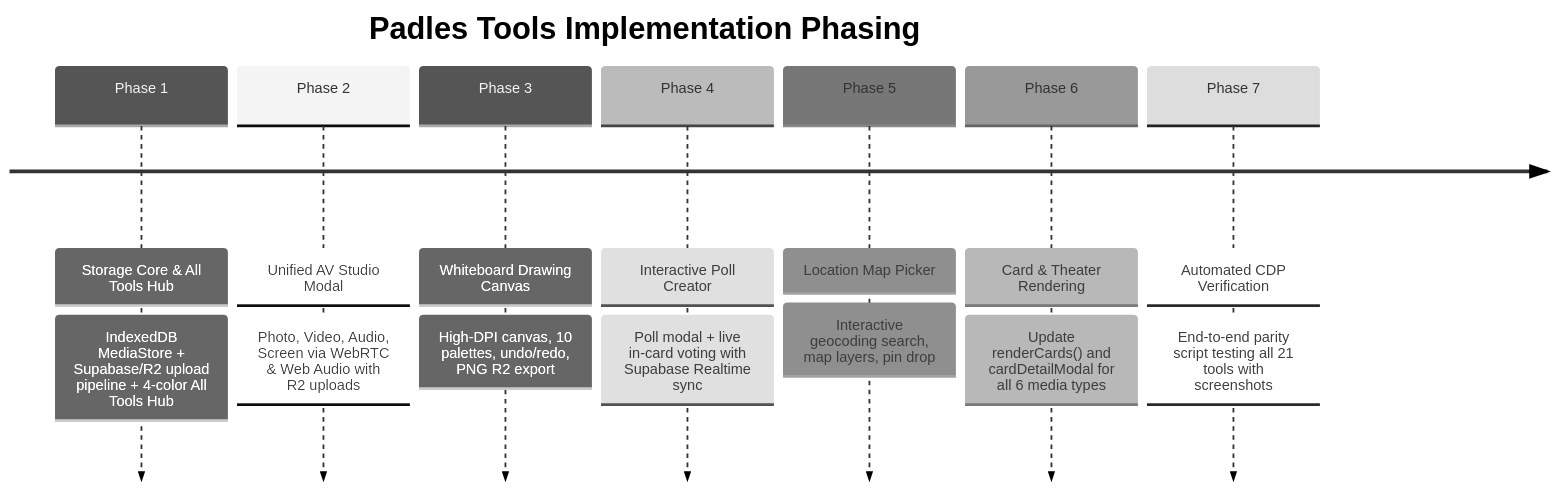
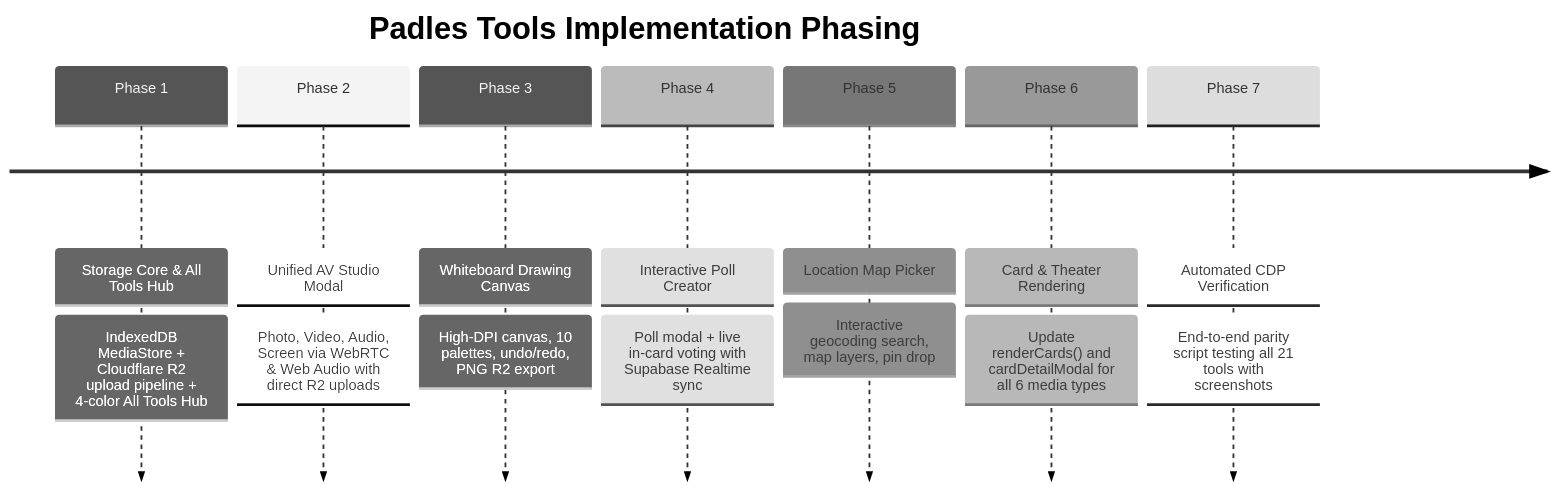
The second of 2 diagrams in docs/padles_tools_revamp_plan.md (fluffykitten/padles), drawn with Mermaid (neutral theme) before and after one commit. The commit also changed other lines of this file and 1 other file, not shown here.

Commit message:
docs: establish Cloudflare R2 as exclusive media storage and Supabase strictly for DB, Auth, and Email

````diff
--- a/docs/padles_tools_revamp_plan.md
+++ b/docs/padles_tools_revamp_plan.md
@@ -246,11 +258,11 @@
 ```mermaid
 timeline
     title Padles Tools Implementation Phasing
-    Phase 1 : Storage Core & All Tools Hub : IndexedDB MediaStore + Supabase/R2 upload pipeline + 4-color All Tools Hub
-    Phase 2 : Unified AV Studio Modal : Photo, Video, Audio, Screen via WebRTC & Web Audio with R2 uploads
+    Phase 1 : Storage Core & All Tools Hub : IndexedDB MediaStore + Cloudflare R2 upload pipeline + 4-color All Tools Hub
+    Phase 2 : Unified AV Studio Modal : Photo, Video, Audio, Screen via WebRTC & Web Audio with direct R2 uploads
     Phase 3 : Whiteboard Drawing Canvas : High-DPI canvas, 10 palettes, undo/redo, PNG R2 export
     Phase 4 : Interactive Poll Creator : Poll modal + live in-card voting with Supabase Realtime sync
     Phase 5 : Location Map Picker : Interactive geocoding search, map layers, pin drop
     Phase 6 : Card & Theater Rendering : Update renderCards() and cardDetailModal for all 6 media types
     Phase 7 : Automated CDP Verification : End-to-end parity script testing all 21 tools with screenshots
 ```
````
